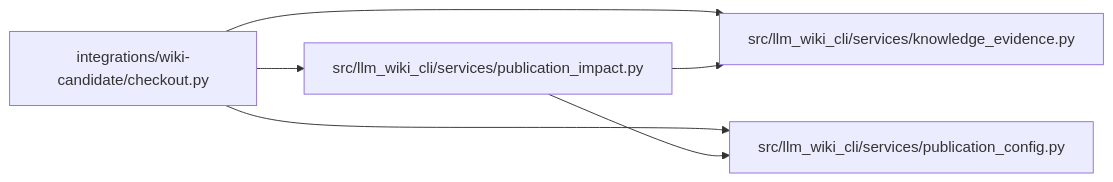
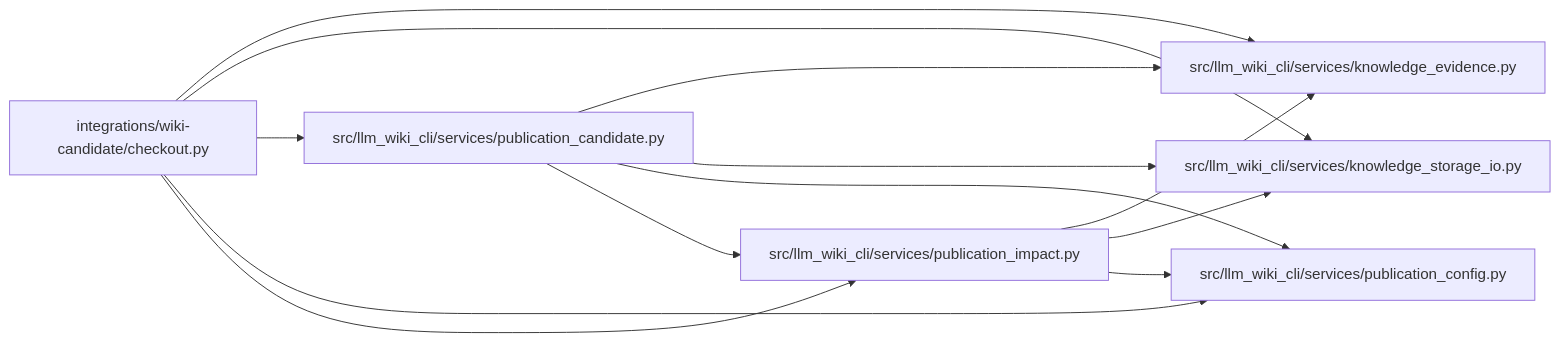
The diagram in docs/llm_wiki/modules/checkout.md (Denissvgn/python-wiki-llm), drawn with Mermaid before and after one commit. The commit also changed other lines of this file and 255 other files, not shown here.

````diff
--- a/docs/llm_wiki/modules/checkout.md
+++ b/docs/llm_wiki/modules/checkout.md
@@ -26,16 +29,27 @@
 ```mermaid
 flowchart LR
     n0["integrations/wiki-candidate/checkout.py"]
     n1["src/llm_wiki_cli/services/knowledge_evidence.py"]
-    n2["src/llm_wiki_cli/services/publication_config.py"]
-    n3["src/llm_wiki_cli/services/publication_impact.py"]
+    n2["src/llm_wiki_cli/services/knowledge_storage_io.py"]
+    n3["src/llm_wiki_cli/services/publication_candidate.py"]
+    n4["src/llm_wiki_cli/services/publication_config.py"]
+    n5["src/llm_wiki_cli/services/publication_impact.py"]
     n0 --> n1
     n0 --> n2
     n0 --> n3
+    n0 --> n4
+    n0 --> n5
     n3 --> n1
     n3 --> n2
+    n3 --> n4
+    n3 --> n5
+    n5 --> n1
+    n5 --> n2
+    n5 --> n4
     click n0 "../modules/checkout.md"
     click n1 "../modules/knowledge_evidence.md"
-    click n2 "../modules/publication_config.md"
-    click n3 "../modules/publication_impact.md"
+    click n2 "../modules/knowledge_storage_io.md"
+    click n3 "../modules/publication_candidate.md"
+    click n4 "../modules/publication_config.md"
+    click n5 "../modules/publication_impact.md"
 ```
````
